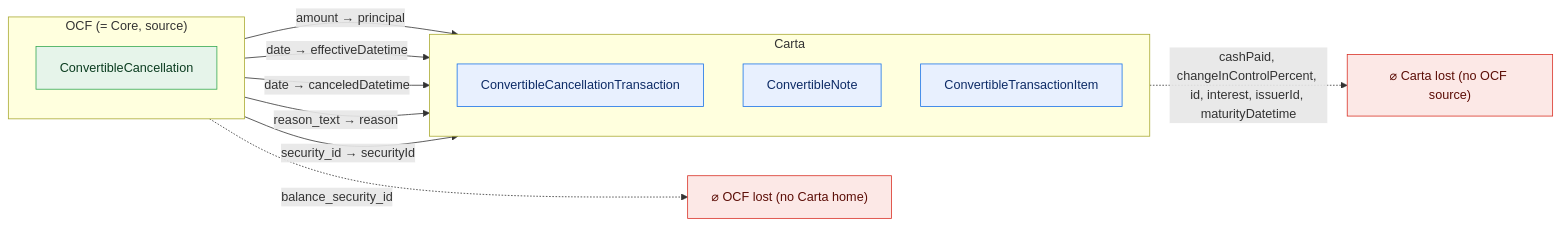
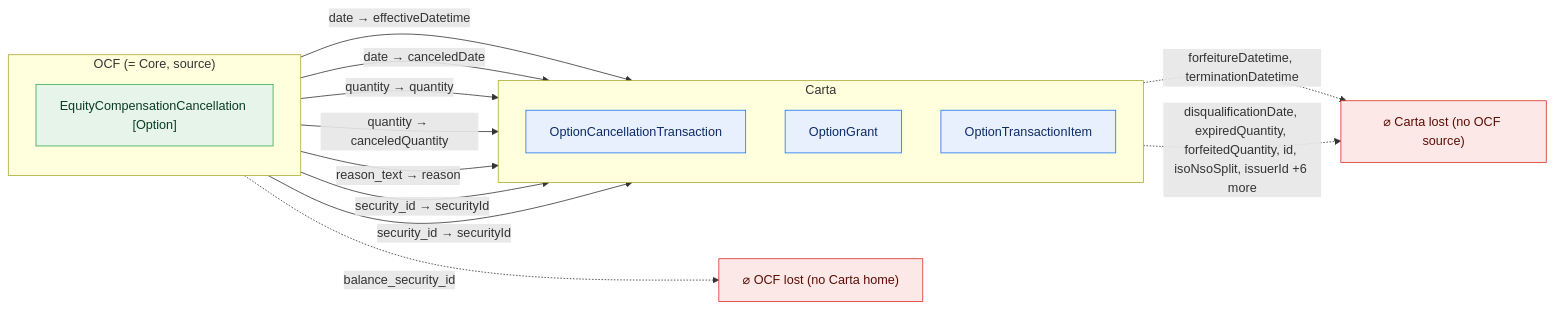
Diagram 17 of 50 in docs/core-bidirectional-flow.md (Open-Cap-Table-Coalition/OCF-Composed-Schemas), drawn with Mermaid before and after one commit. The commit also changed other lines of this file and 33 other files, not shown here.

````diff
--- a/docs/core-bidirectional-flow.md
+++ b/docs/core-bidirectional-flow.md
@@ -606,26 +758,29 @@
 ```mermaid
 flowchart LR
   classDef adm fill:#e6f4ea,stroke:#34a853,color:#0b3d20;
   classDef notadm fill:#f1f3f4,stroke:#9aa0a6,color:#5f6368,stroke-dasharray:4 3;
   classDef carta fill:#e8f0fe,stroke:#1a73e8,color:#0d2b66;
   classDef lost fill:#fce8e6,stroke:#d93025,color:#5c0d06;
   subgraph SRC["OCF (= Core, source)"]
     direction TB
-    o0["ConvertibleCancellation"]:::adm
+    o0["EquityCompensationCancellation [Option]"]:::adm
   end
   subgraph TGT["Carta"]
     direction TB
-    t0["ConvertibleCancellationTransaction"]:::carta
-    t1["ConvertibleNote"]:::carta
-    t2["ConvertibleTransactionItem"]:::carta
+    t0["OptionCancellationTransaction"]:::carta
+    t1["OptionGrant"]:::carta
+    t2["OptionTransactionItem"]:::carta
   end
   ocflost["⌀ OCF lost (no Carta home)"]:::lost
   cartalost["⌀ Carta lost (no OCF source)"]:::lost
-  o0 -->|"amount → principal"| t0
   o0 -->|"date → effectiveDatetime"| t0
-  o0 -->|"date → canceledDatetime"| t1
+  o0 -->|"date → canceledDate"| t1
+  o0 -->|"quantity → quantity"| t0
+  o0 -->|"quantity → canceledQuantity"| t1
   o0 -->|"reason_text → reason"| t0
   o0 -->|"security_id → securityId"| t2
+  o0 -->|"security_id → securityId"| t1
   o0 -.->|"balance_security_id"| ocflost
-  t1 -.->|"cashPaid, changeInControlPercent, id, interest, issuerId, maturityDatetime"| cartalost
+  t0 -.->|"forfeitureDatetime, terminationDatetime"| cartalost
+  t1 -.->|"disqualificationDate, expiredQuantity, forfeitedQuantity, id, isoNsoSplit, issuerId +6 more"| cartalost
 ```
````
